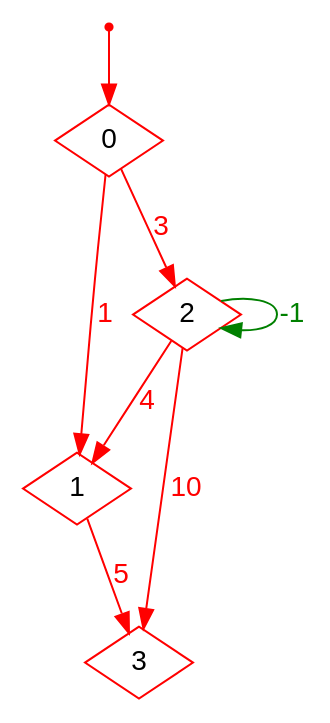
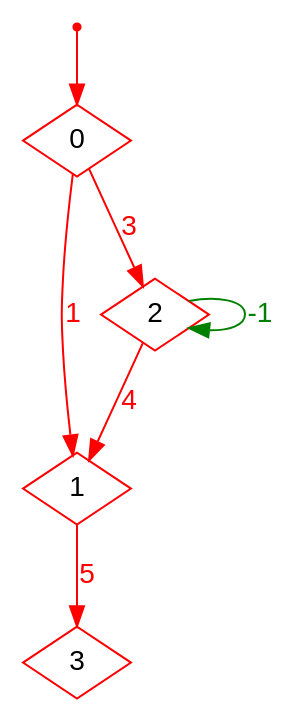
One commit to akiralane/prism-energy-mdps changed the diagram in prism-tests/functionality/verify/emdps/gain/gain.dot. Above: the diagram before and after it, drawn with Graphviz. The commit also changed 2 other files, not shown here.

```diff
--- a/prism-tests/functionality/verify/emdps/gain/gain.dot
+++ b/prism-tests/functionality/verify/emdps/gain/gain.dot
@@ -1,15 +1,14 @@
 digraph EMDP {
 node [label="",fontname="Helvetica",shape="circle"];
 0 [label="0",color="red",shape="diamond"];
 "0i" [label="",color="red",shape="point"];
 "0i" -> 0 [label="",color="red"];
 0 -> 1 [label="1",color="red",fontcolor="red",fontname="Helvetica"];
 0 -> 2 [label="3",color="red",fontcolor="red",fontname="Helvetica"];
 1 [label="1",color="red",shape="diamond"];
 1 -> 3 [label="5",color="red",fontcolor="red",fontname="Helvetica"];
 2 [label="2",color="red",shape="diamond"];
 2 -> 1 [label="4",color="red",fontcolor="red",fontname="Helvetica"];
 2 -> 2 [label="-1",color="green",fontcolor="green",fontname="Helvetica"];
-2 -> 3 [label="10",color="red",fontcolor="red",fontname="Helvetica"];
 3 [label="3",color="red",shape="diamond"];
 }
```
